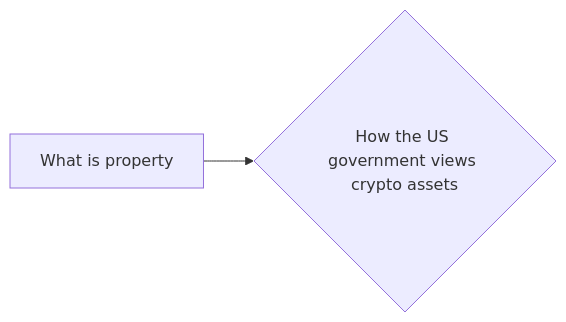
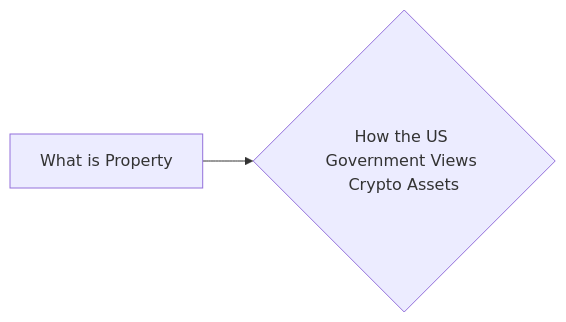
One commit to lpurdy01/crypto-knowledge-map changed the diagram in notes/How_the_US_Government_Views_Crypto_Assets.md. Above: the diagram before and after it, drawn with Mermaid. The commit also changed 50 other files, not shown here.

````diff
--- a/notes/How_the_US_Government_Views_Crypto_Assets.md
+++ b/notes/How_the_US_Government_Views_Crypto_Assets.md
@@ -6,4 +6,4 @@
 ```mermaid
 graph LR
-1["What is property"]-->0{"How the US government views crypto assets"}
+1["What is Property"]-->0{"How the US Government Views Crypto Assets"}
 ```
````
